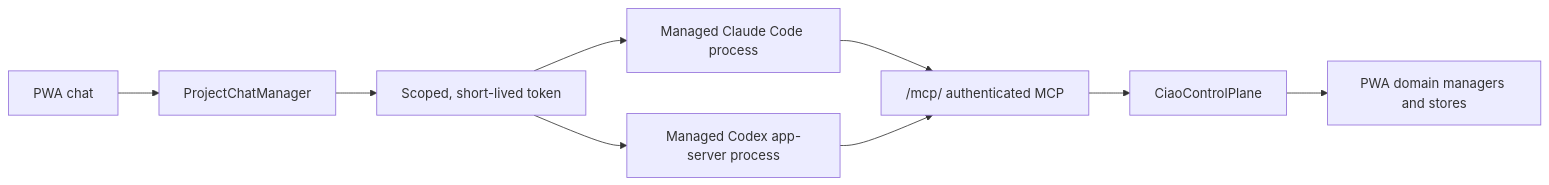
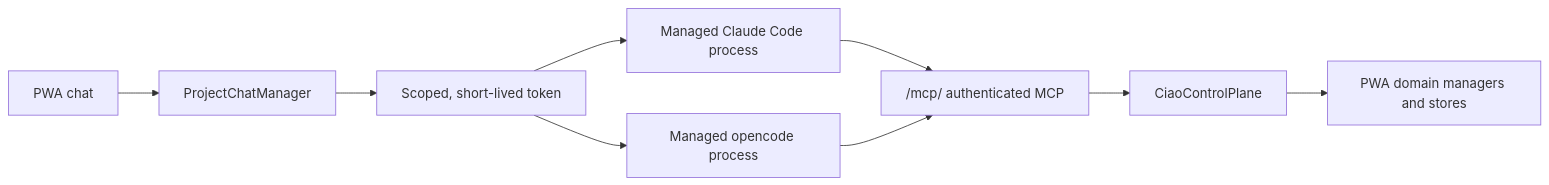
Before and after one commit to raffaelefarinaro/ciaobot: the diagram in docs/MCP.md, drawn with Mermaid. The commit also changed other lines of this file and 101 other files, not shown here.

````diff
--- a/docs/MCP.md
+++ b/docs/MCP.md
@@ -18,11 +19,11 @@
 ```mermaid
 flowchart LR
     PWA["PWA chat"] --> PCM["ProjectChatManager"]
     PCM --> TOKEN["Scoped, short-lived token"]
     TOKEN --> CLAUDE["Managed Claude Code process"]
-    TOKEN --> CODEX["Managed Codex app-server process"]
+    TOKEN --> OPENCODE["Managed opencode process"]
     CLAUDE --> MCP["/mcp/ authenticated MCP"]
-    CODEX --> MCP
+    OPENCODE --> MCP
     MCP --> CP["CiaoControlPlane"]
     CP --> MANAGERS["PWA domain managers and stores"]
 ```
````
